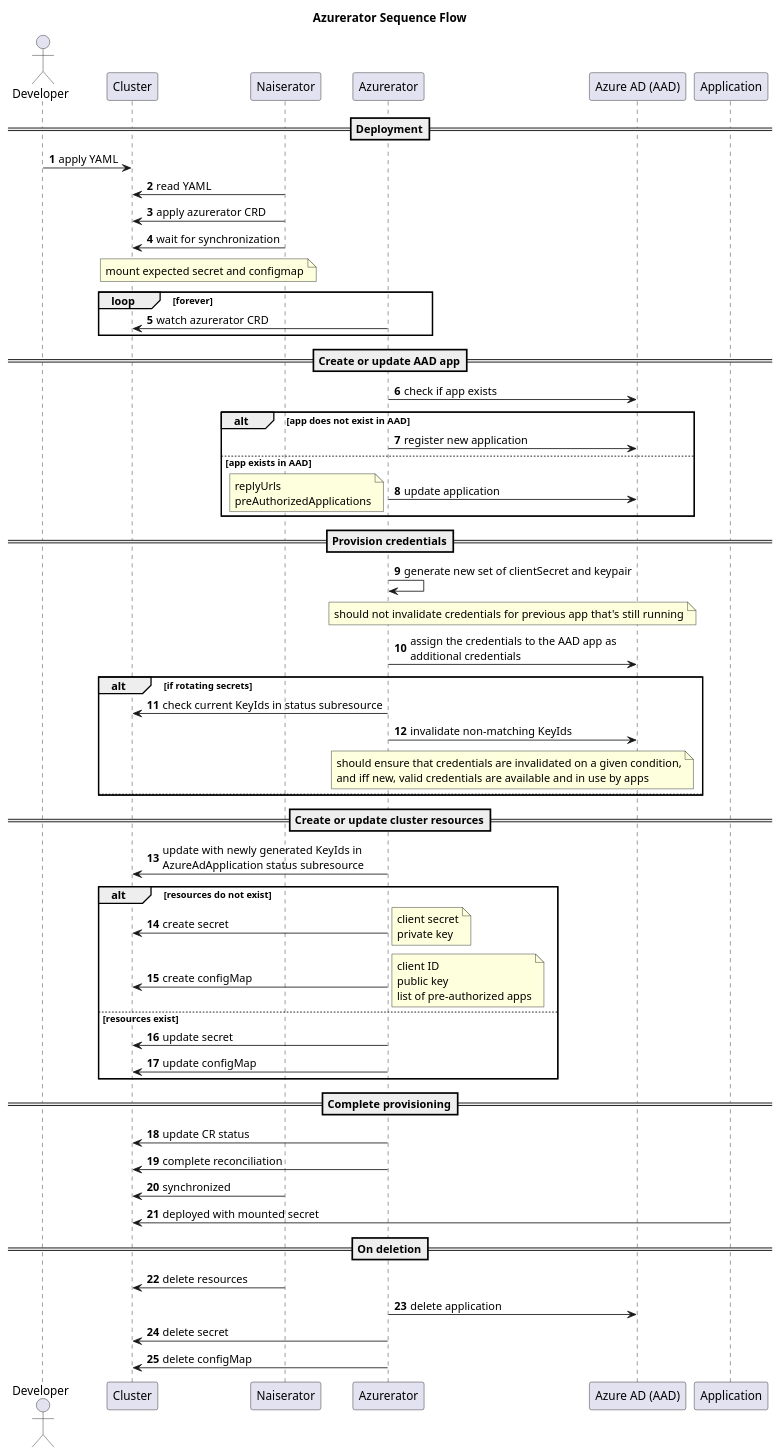
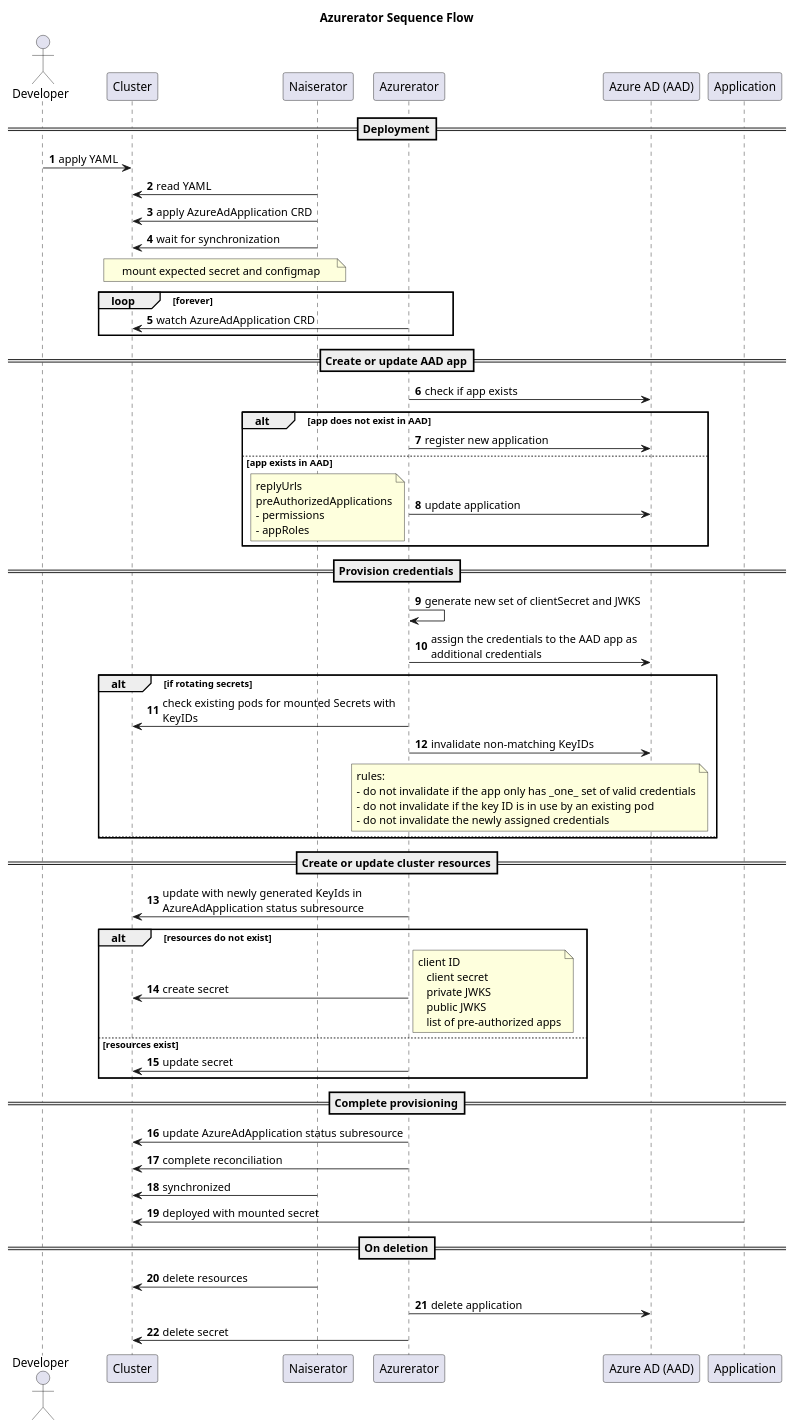
Before and after one commit to nais/azurerator: the diagram in docs/sequence.puml, drawn with PlantUML. The commit also changed 2 other files, not shown here.

Commit message:
docs: update sequence diagram and readme

```diff
--- a/docs/sequence.puml
+++ b/docs/sequence.puml
@@ -1,88 +1,84 @@
 @startuml component
 title Azurerator Sequence Flow
 skinparam maxMessageSize 300
 autonumber
 
 actor developer as "Developer"
 participant cluster as "Cluster"
 participant naiserator as "Naiserator"
 participant azurerator as "Azurerator"
 participant azuread as "Azure AD (AAD)"
 participant application as "Application"
 
 ==Deployment==
 developer -> cluster: apply YAML
 cluster <- naiserator: read YAML
-cluster <- naiserator: apply azurerator CRD
+cluster <- naiserator: apply AzureAdApplication CRD
 naiserator -> cluster: wait for synchronization
 note over naiserator, cluster: mount expected secret and configmap
 
 loop forever
-	azurerator -> cluster: watch azurerator CRD
+	azurerator -> cluster: watch AzureAdApplication CRD
 end
 
 ==Create or update AAD app==
 azurerator -> azuread: check if app exists
 alt app does not exist in AAD
 	azurerator -> azuread: register new application
 else app exists in AAD
     azurerator -> azuread: update application
     note left
         replyUrls
         preAuthorizedApplications
+        - permissions
+        - appRoles
     end note
 end
 
 ==Provision credentials==
 
-azurerator -> azurerator: generate new set of clientSecret and keypair
-note over azurerator, azuread
-    should not invalidate credentials for previous app that's still running
-end note
+azurerator -> azurerator: generate new set of clientSecret and JWKS
 
 azurerator -> azuread: assign the credentials to the AAD app as additional credentials
 
 alt if rotating secrets
-    azurerator -> cluster: check current KeyIds in status subresource
-    azurerator -> azuread: invalidate non-matching KeyIds
+    azurerator -> cluster: check existing pods for mounted Secrets with KeyIDs
+    azurerator -> azuread: invalidate non-matching KeyIDs
     note over azurerator, azuread
-        should ensure that credentials are invalidated on a given condition,
-        and iff new, valid credentials are available and in use by apps
+        rules:
+        - do not invalidate if the app only has _one_ set of valid credentials
+        - do not invalidate if the key ID is in use by an existing pod
+        - do not invalidate the newly assigned credentials
     end note
 else
 
 end
 
 ==Create or update cluster resources==
 azurerator -> cluster: update with newly generated KeyIds in AzureAdApplication status subresource
 
 alt resources do not exist
 	azurerator -> cluster: create secret
 	note right
+	    client ID
         client secret
-        private key
-    end note
-	azurerator -> cluster: create configMap
-	note right
-        client ID
-        public key
+        private JWKS
+        public JWKS
         list of pre-authorized apps
     end note
 else resources exist
     azurerator -> cluster: update secret
-    azurerator -> cluster: update configMap
 end
 
 ==Complete provisioning==
-    azurerator -> cluster: update CR status
+    azurerator -> cluster: update AzureAdApplication status subresource
     azurerator -> cluster: complete reconciliation
     naiserator -> cluster: synchronized
     application -> cluster: deployed with mounted secret
 
 ==On deletion==
     naiserator -> cluster: delete resources
     azurerator -> azuread: delete application
     azurerator -> cluster: delete secret
-    azurerator -> cluster: delete configMap
 
 @enduml
```
